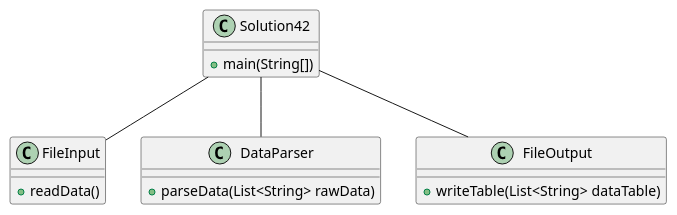
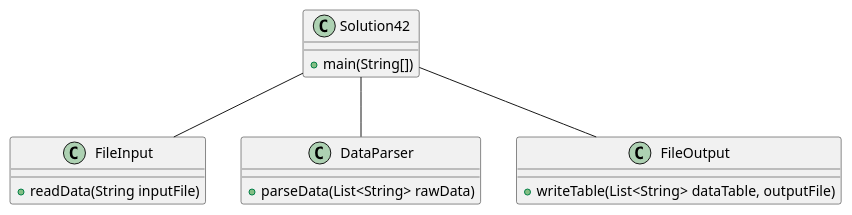
One commit to BlakeLoch/lochmandy-a04 changed the diagram in exercise42/docs/ClassDiagram.puml. Above: the diagram before and after it, drawn with PlantUML. The commit also changed 12 other files, not shown here.

```diff
--- a/exercise42/docs/ClassDiagram.puml
+++ b/exercise42/docs/ClassDiagram.puml
@@ -1,24 +1,24 @@
 @startuml
 
 class FileInput {
-  +readData()
+  +readData(String inputFile)
 }
 
 class DataParser {
   +parseData(List<String> rawData)
 }
 
 class FileOutput {
-  +writeTable(List<String> dataTable)
+  +writeTable(List<String> dataTable, outputFile)
 }
 
 class Solution42 {
 +main(String[])
 }
 
 Solution42 -- FileInput
 Solution42 -- DataParser
 Solution42 -- FileOutput
 
 
 @enduml
```
